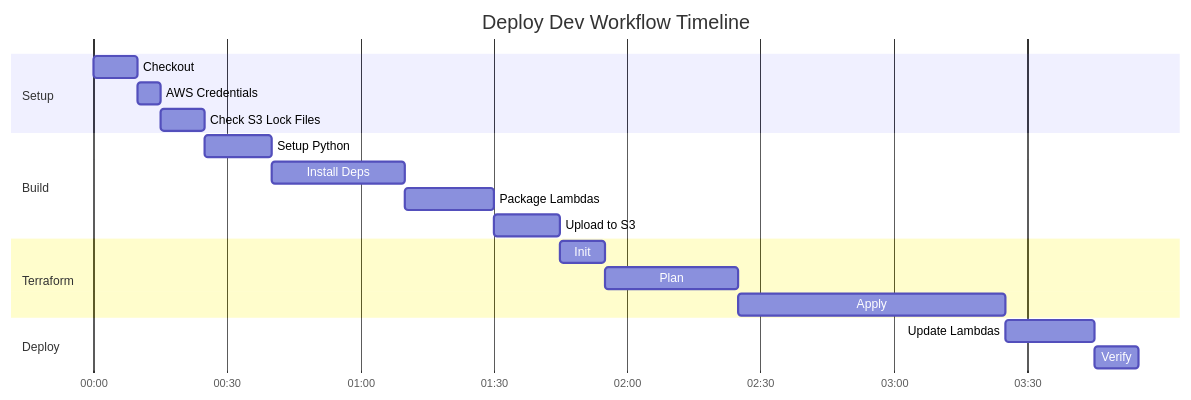
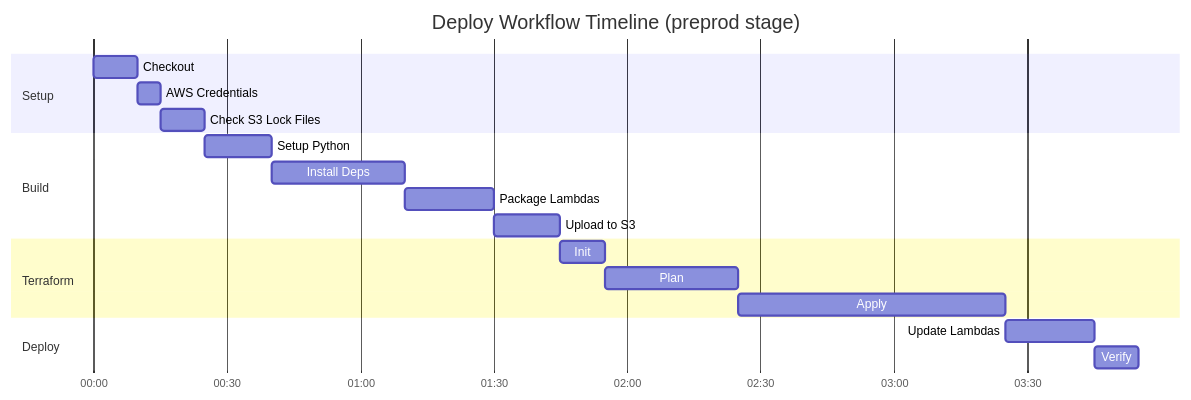
The eighth of 9 diagrams in docs/deployment/TERRAFORM_DEPLOYMENT_FLOW.md (traylorre/sentiment-analyzer-gsk), drawn with Mermaid before and after one commit. The commit also changed other lines of this file and 96 other files, not shown here.

````diff
--- a/docs/deployment/TERRAFORM_DEPLOYMENT_FLOW.md
+++ b/docs/deployment/TERRAFORM_DEPLOYMENT_FLOW.md
@@ -333,26 +333,26 @@
 ```mermaid
 gantt
-    title Deploy Dev Workflow Timeline
+    title Deploy Workflow Timeline (preprod stage)
     dateFormat mm:ss
     axisFormat %M:%S
 
     section Setup
     Checkout           :a1, 00:00, 10s
     AWS Credentials    :a2, after a1, 5s
     Check S3 Lock Files:a3, after a2, 10s
 
     section Build
     Setup Python       :b1, after a3, 15s
     Install Deps       :b2, after b1, 30s
     Package Lambdas    :b3, after b2, 20s
     Upload to S3       :b4, after b3, 15s
 
     section Terraform
     Init               :c1, after b4, 10s
     Plan               :c2, after c1, 30s
     Apply              :c3, after c2, 60s
 
     section Deploy
     Update Lambdas     :d1, after c3, 20s
     Verify             :d2, after d1, 10s
 ```
````
